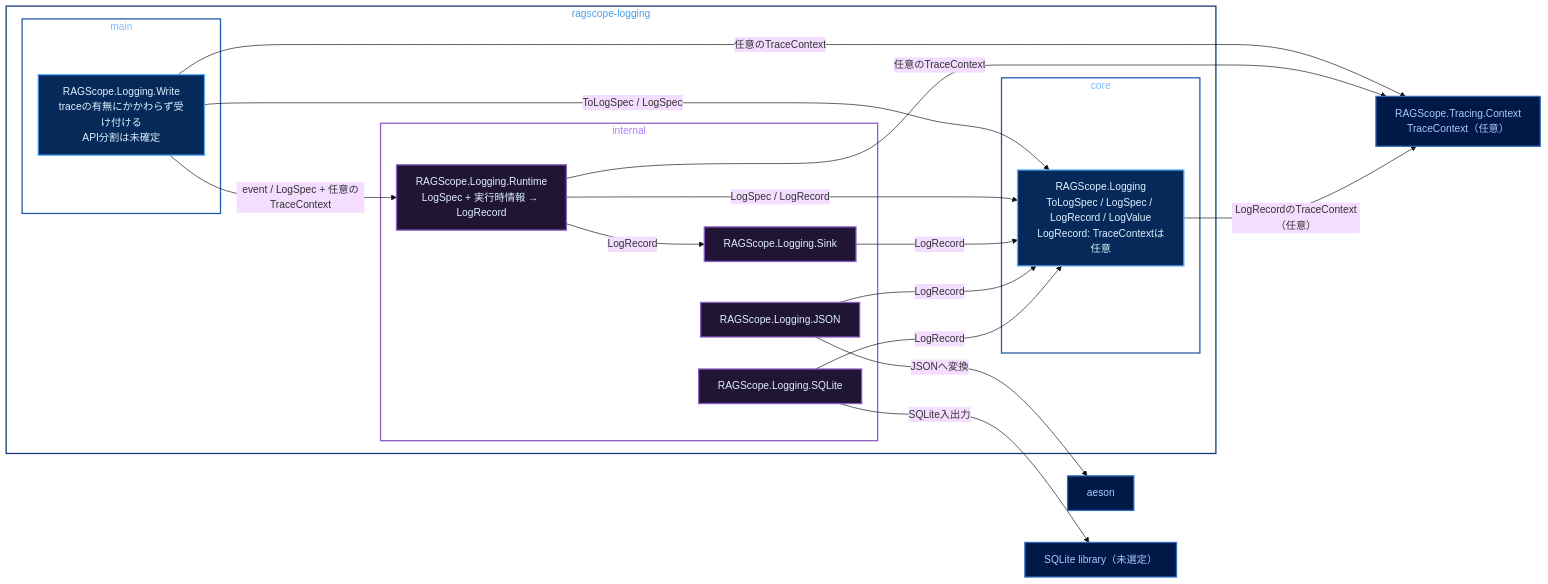
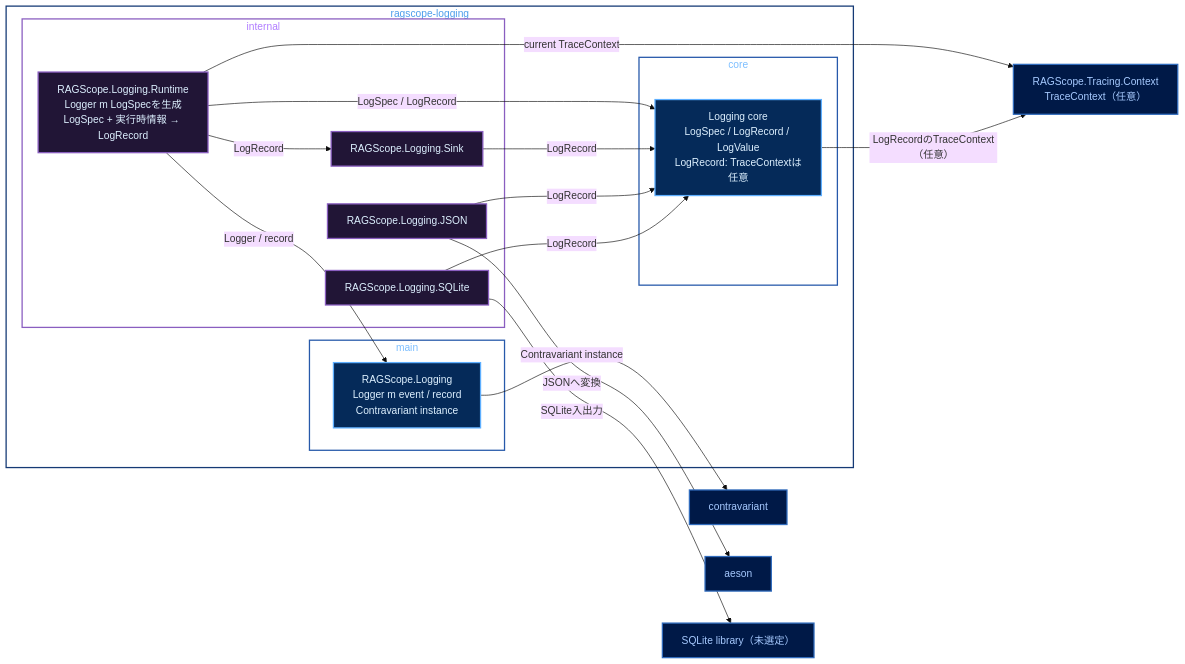
Before and after one commit to takashit16833/Workbench: the diagram in Notes/RAGScope/RAGScopeアプリケーション/実行追跡・構造化ログ静的依存図 Logging.md, drawn with Mermaid (base theme). The commit also changed other lines of this file, not shown here.

Commit message:
docs: sync RS-0022 typed logger design

````diff
--- a/Notes/RAGScope/RAGScopeアプリケーション/実行追跡・構造化ログ静的依存図 Logging.md
+++ b/Notes/RAGScope/RAGScopeアプリケーション/実行追跡・構造化ログ静的依存図 Logging.md
@@ -19,51 +19,44 @@
 ```mermaid
 flowchart LR
     subgraph pkg_logging["ragscope-logging"]
         subgraph main_lib["main"]
-            write["RAGScope.Logging.Write<br/>traceの有無にかかわらず受け付ける<br/>API分割は未確定"]
+            logger["RAGScope.Logging<br/>Logger m event / record<br/>Contravariant instance"]
         end
-
         subgraph internal_lib["internal"]
-            runtime["RAGScope.Logging.Runtime<br/>LogSpec + 実行時情報 → LogRecord"]
+            runtime["RAGScope.Logging.Runtime<br/>Logger m LogSpecを生成<br/>LogSpec + 実行時情報 → LogRecord"]
             sink["RAGScope.Logging.Sink"]
             json["RAGScope.Logging.JSON"]
             sqlite["RAGScope.Logging.SQLite"]
         end
-
         subgraph core_lib["core"]
-            contract["RAGScope.Logging<br/>ToLogSpec / LogSpec / LogRecord / LogValue<br/>LogRecord: TraceContextは任意"]
+            contract["Logging core<br/>LogSpec / LogRecord / LogValue<br/>LogRecord: TraceContextは任意"]
         end
     end
-
     context["RAGScope.Tracing.Context<br/>TraceContext（任意）"]
+    contravariant["contravariant"]
     aeson["aeson"]
     sqlite_lib["SQLite library（未選定）"]
 
-    write -->|event / LogSpec + 任意のTraceContext| runtime
-    write -->|ToLogSpec / LogSpec| contract
-    write -->|任意のTraceContext| context
-
+    logger -->|Contravariant instance| contravariant
+    runtime -->|Logger / record| logger
+    runtime -->|LogSpec / LogRecord| contract
+    runtime -->|current TraceContext| context
     runtime -->|LogRecord| sink
-    runtime -->|LogSpec / LogRecord| contract
-    runtime -->|任意のTraceContext| context
-
     sink -->|LogRecord| contract
     json -->|LogRecord| contract
     json -->|JSONへ変換| aeson
     sqlite -->|LogRecord| contract
     sqlite -->|SQLite入出力| sqlite_lib
     contract -->|LogRecordのTraceContext（任意）| context
 
     classDef public fill:#052A59,stroke:#5EAFFF,color:#DDF0FF,stroke-width:2px
     classDef private fill:#211536,stroke:#8A5EC0,color:#DDF0FF,stroke-width:2px
     classDef outside fill:#001947,stroke:#316CBD,color:#A6CAFF,stroke-width:2px
-
-    class write,contract public
+    class logger,contract public
     class runtime,sink,json,sqlite private
-    class context,aeson,sqlite_lib outside
-
+    class context,contravariant,aeson,sqlite_lib outside
     style pkg_logging fill:transparent,stroke:#153A75,color:#4C9EEB,stroke-width:2px
     style main_lib fill:transparent,stroke:#2759AA,color:#7CBEFF,stroke-width:2px
     style internal_lib fill:transparent,stroke:#8A5EC0,color:#B07CFF,stroke-width:2px
     style core_lib fill:transparent,stroke:#2759AA,color:#7CBEFF,stroke-width:2px
 ```
````
